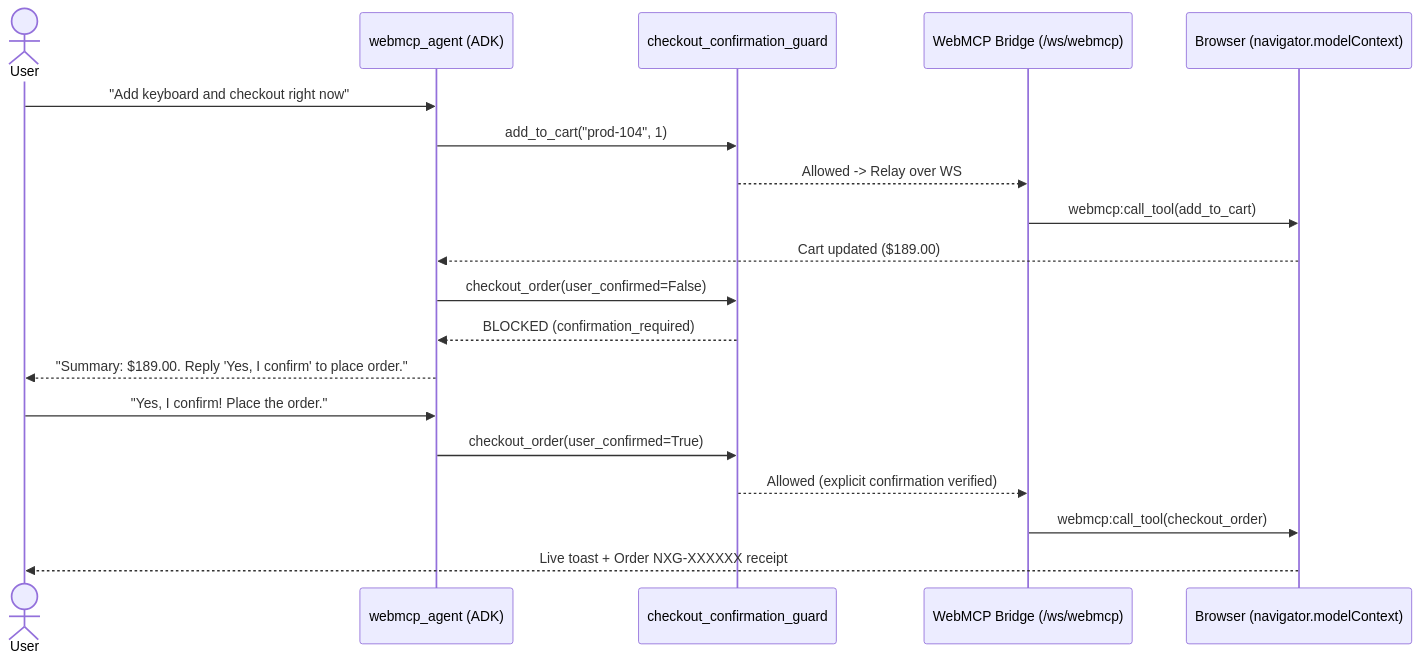
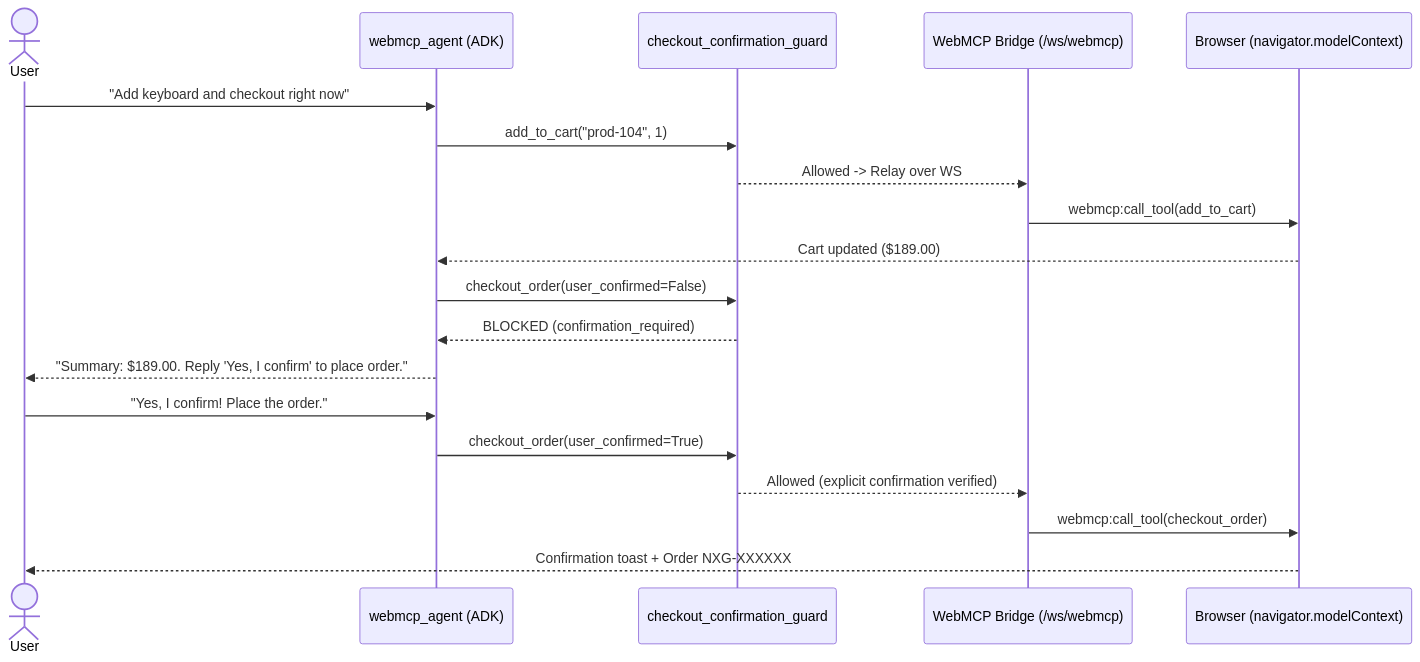
One commit to sanketbisne/adk-webmcp-storefront changed the second of 2 diagrams in README.md. Above: the diagram before and after it, drawn with Mermaid. The commit also changed other lines of this file, not shown here.

````diff
--- a/README.md
+++ b/README.md
@@ -78,22 +80,22 @@
 ```mermaid
 sequenceDiagram
     actor User
     participant Agent as webmcp_agent (ADK)
     participant Guard as checkout_confirmation_guard
     participant Bridge as WebMCP Bridge (/ws/webmcp)
     participant Browser as Browser (navigator.modelContext)
 
     User->>Agent: "Add keyboard and checkout right now"
     Agent->>Guard: add_to_cart("prod-104", 1)
     Guard-->>Bridge: Allowed -> Relay over WS
     Bridge->>Browser: webmcp:call_tool(add_to_cart)
     Browser-->>Agent: Cart updated ($189.00)
     Agent->>Guard: checkout_order(user_confirmed=False)
     Guard-->>Agent: BLOCKED (confirmation_required)
     Agent-->>User: "Summary: $189.00. Reply 'Yes, I confirm' to place order."
     User->>Agent: "Yes, I confirm! Place the order."
     Agent->>Guard: checkout_order(user_confirmed=True)
     Guard-->>Bridge: Allowed (explicit confirmation verified)
     Bridge->>Browser: webmcp:call_tool(checkout_order)
-    Browser-->>User: Live toast + Order NXG-XXXXXX receipt
+    Browser-->>User: Confirmation toast + Order NXG-XXXXXX
 ```
````
